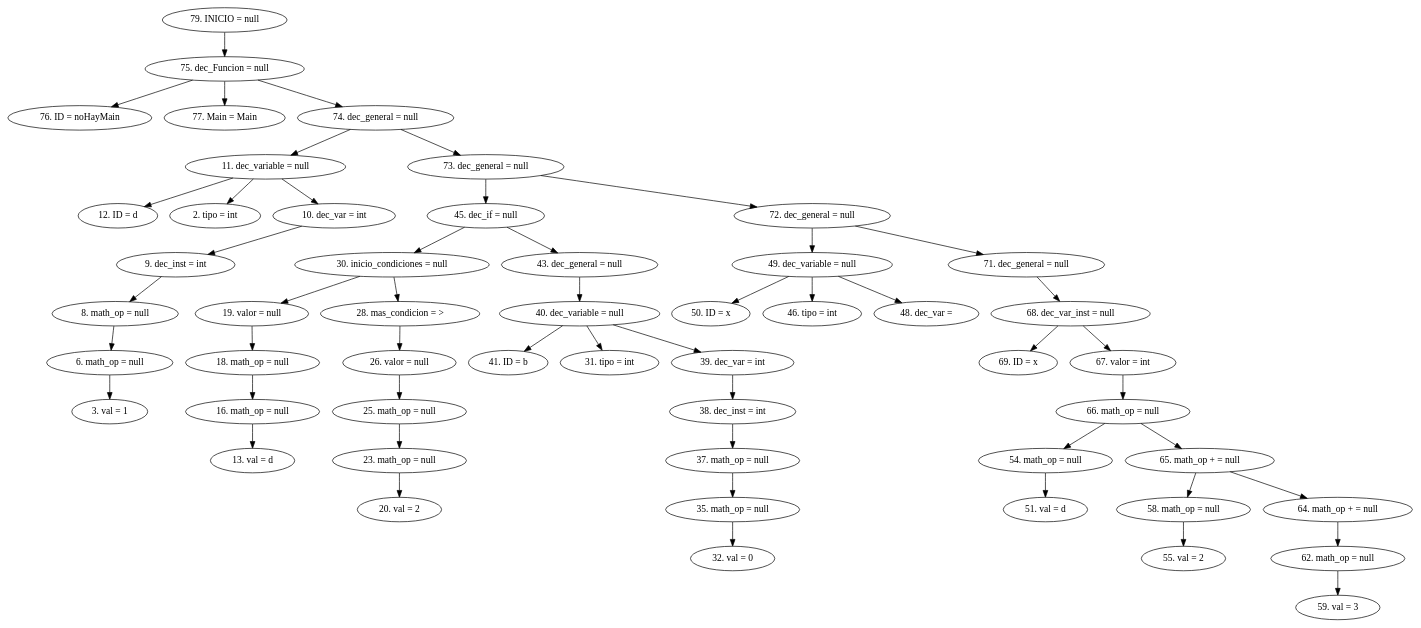
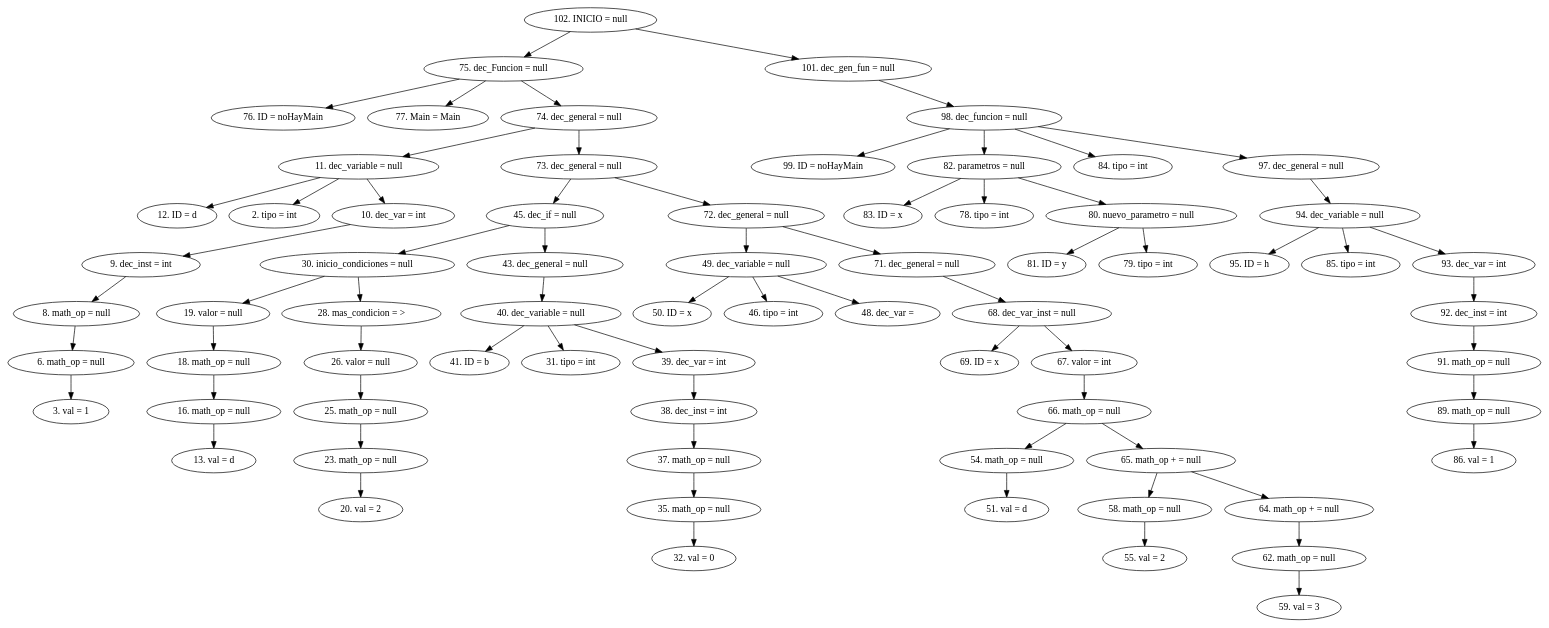
The diagram in AST.dot (CarlosSosVos/NACHTs), drawn with Graphviz before and after one commit. The commit also changed 9 other files, not shown here.

```diff
--- a/AST.dot
+++ b/AST.dot
@@ -1,55 +1,74 @@
 digraph G {
-"79. INICIO = null"->"75. dec_Funcion = null"
+"102. INICIO = null"->"75. dec_Funcion = null"
 "75. dec_Funcion = null"->"76. ID = noHayMain"
 "75. dec_Funcion = null"->"77. Main = Main"
 "75. dec_Funcion = null"->"74. dec_general = null"
 "74. dec_general = null"->"11. dec_variable = null"
 "11. dec_variable = null"->"12. ID = d"
 "11. dec_variable = null"->"2. tipo = int"
 "11. dec_variable = null"->"10. dec_var = int"
 "10. dec_var = int"->"9. dec_inst = int"
 "9. dec_inst = int"->"8. math_op = null"
 "8. math_op = null"->"6. math_op = null"
 "6. math_op = null"->"3. val = 1"
 "74. dec_general = null"->"73. dec_general = null"
 "73. dec_general = null"->"45. dec_if = null"
 "45. dec_if = null"->"30. inicio_condiciones = null"
 "30. inicio_condiciones = null"->"19. valor = null"
 "19. valor = null"->"18. math_op = null"
 "18. math_op = null"->"16. math_op = null"
 "16. math_op = null"->"13. val = d"
 "30. inicio_condiciones = null"->"28. mas_condicion = >"
 "28. mas_condicion = >"->"26. valor = null"
 "26. valor = null"->"25. math_op = null"
 "25. math_op = null"->"23. math_op = null"
 "23. math_op = null"->"20. val = 2"
 "45. dec_if = null"->"43. dec_general = null"
 "43. dec_general = null"->"40. dec_variable = null"
 "40. dec_variable = null"->"41. ID = b"
 "40. dec_variable = null"->"31. tipo = int"
 "40. dec_variable = null"->"39. dec_var = int"
 "39. dec_var = int"->"38. dec_inst = int"
 "38. dec_inst = int"->"37. math_op = null"
 "37. math_op = null"->"35. math_op = null"
 "35. math_op = null"->"32. val = 0"
 "73. dec_general = null"->"72. dec_general = null"
 "72. dec_general = null"->"49. dec_variable = null"
 "49. dec_variable = null"->"50. ID = x"
 "49. dec_variable = null"->"46. tipo = int"
 "49. dec_variable = null"->"48. dec_var = "
 "72. dec_general = null"->"71. dec_general = null"
 "71. dec_general = null"->"68. dec_var_inst = null"
 "68. dec_var_inst = null"->"69. ID = x"
 "68. dec_var_inst = null"->"67. valor = int"
 "67. valor = int"->"66. math_op = null"
 "66. math_op = null"->"54. math_op = null"
 "54. math_op = null"->"51. val = d"
 "66. math_op = null"->"65. math_op + = null"
 "65. math_op + = null"->"58. math_op = null"
 "58. math_op = null"->"55. val = 2"
 "65. math_op + = null"->"64. math_op + = null"
 "64. math_op + = null"->"62. math_op = null"
 "62. math_op = null"->"59. val = 3"
+"102. INICIO = null"->"101. dec_gen_fun = null"
+"101. dec_gen_fun = null"->"98. dec_funcion = null"
+"98. dec_funcion = null"->"99. ID = noHayMain"
+"98. dec_funcion = null"->"82. parametros = null"
+"82. parametros = null"->"83. ID = x"
+"82. parametros = null"->"78. tipo = int"
+"82. parametros = null"->"80. nuevo_parametro = null"
+"80. nuevo_parametro = null"->"81. ID = y"
+"80. nuevo_parametro = null"->"79. tipo = int"
+"98. dec_funcion = null"->"84. tipo = int"
+"98. dec_funcion = null"->"97. dec_general = null"
+"97. dec_general = null"->"94. dec_variable = null"
+"94. dec_variable = null"->"95. ID = h"
+"94. dec_variable = null"->"85. tipo = int"
+"94. dec_variable = null"->"93. dec_var = int"
+"93. dec_var = int"->"92. dec_inst = int"
+"92. dec_inst = int"->"91. math_op = null"
+"91. math_op = null"->"89. math_op = null"
+"89. math_op = null"->"86. val = 1"
 
 
 }
```
